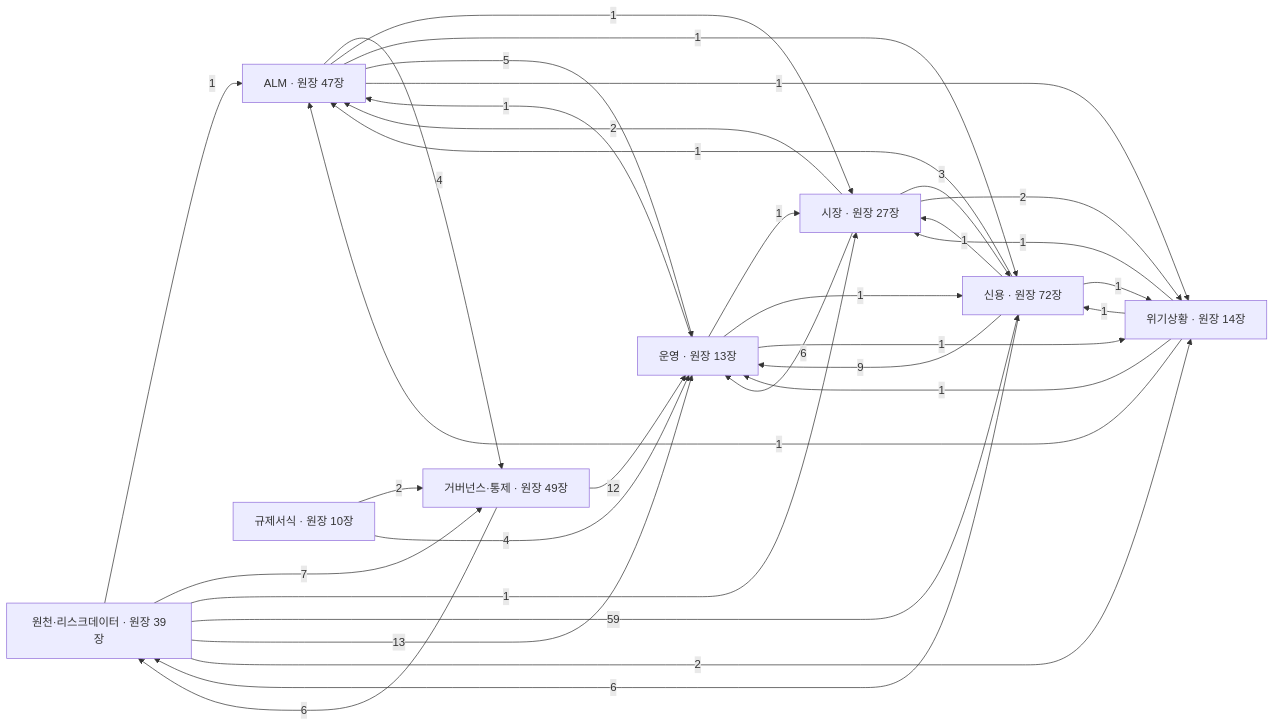
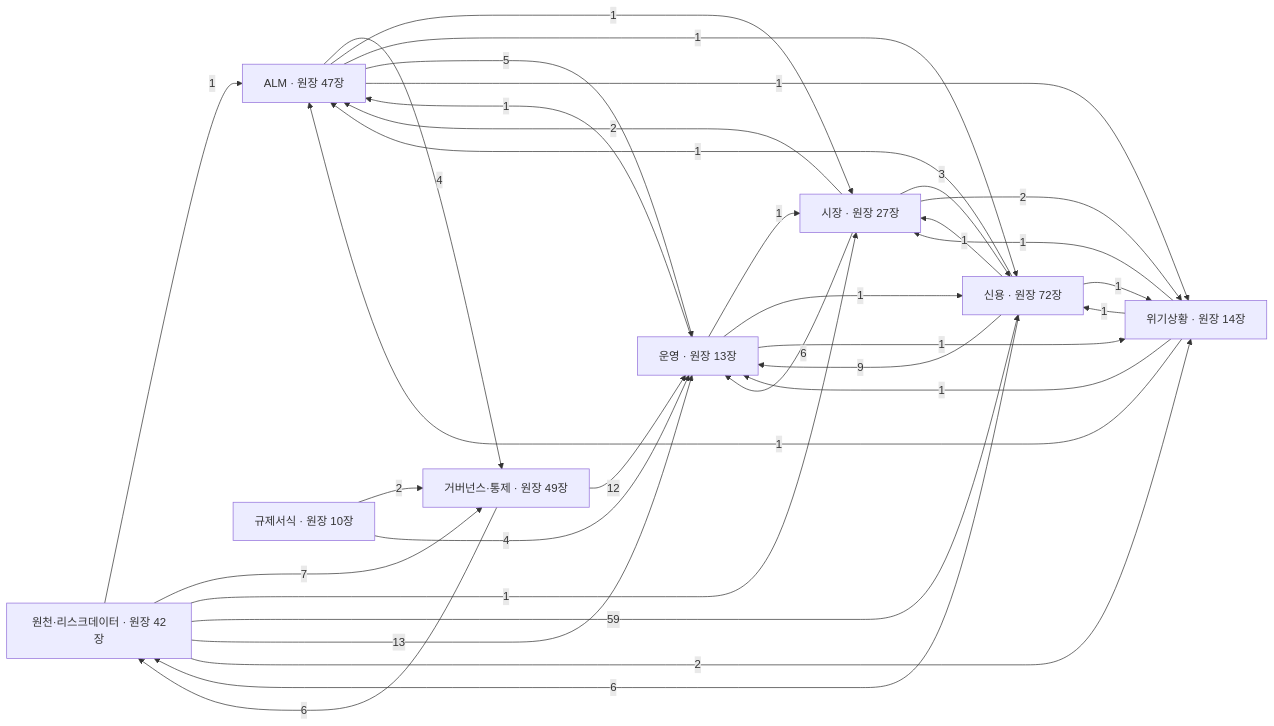
One commit to bbootta/AIops changed the first of 18 diagrams in docs/DATA_FLOW.md. Above: the diagram before and after it, drawn with Mermaid. The commit also changed other lines of this file and 15 other files, not shown here.

````diff
--- a/docs/DATA_FLOW.md
+++ b/docs/DATA_FLOW.md
@@ -44,43 +44,43 @@
 ```mermaid
 flowchart LR
-  B1["원천·리스크데이터 · 원장 39장"]
+  B1["원천·리스크데이터 · 원장 42장"]
   B2["신용 · 원장 72장"]
   B3["시장 · 원장 27장"]
   B4["운영 · 원장 13장"]
   B5["ALM · 원장 47장"]
   B6["위기상황 · 원장 14장"]
   B7["규제서식 · 원장 10장"]
   B8["거버넌스·통제 · 원장 49장"]
   B5 -->|4| B8
   B5 -->|1| B3
   B5 -->|1| B2
   B5 -->|5| B4
   B5 -->|1| B6
   B8 -->|12| B4
   B8 -->|6| B1
   B7 -->|2| B8
   B7 -->|4| B4
   B3 -->|2| B5
   B3 -->|3| B2
   B3 -->|6| B4
   B3 -->|2| B6
   B2 -->|1| B5
   B2 -->|1| B3
   B2 -->|9| B4
   B2 -->|6| B1
   B2 -->|1| B6
   B4 -->|1| B5
   B4 -->|1| B3
   B4 -->|1| B2
   B4 -->|1| B6
   B1 -->|1| B5
   B1 -->|7| B8
   B1 -->|1| B3
   B1 -->|59| B2
   B1 -->|13| B4
   B1 -->|2| B6
   B6 -->|1| B5
   B6 -->|1| B3
   B6 -->|1| B2
   B6 -->|1| B4
 ```
````
